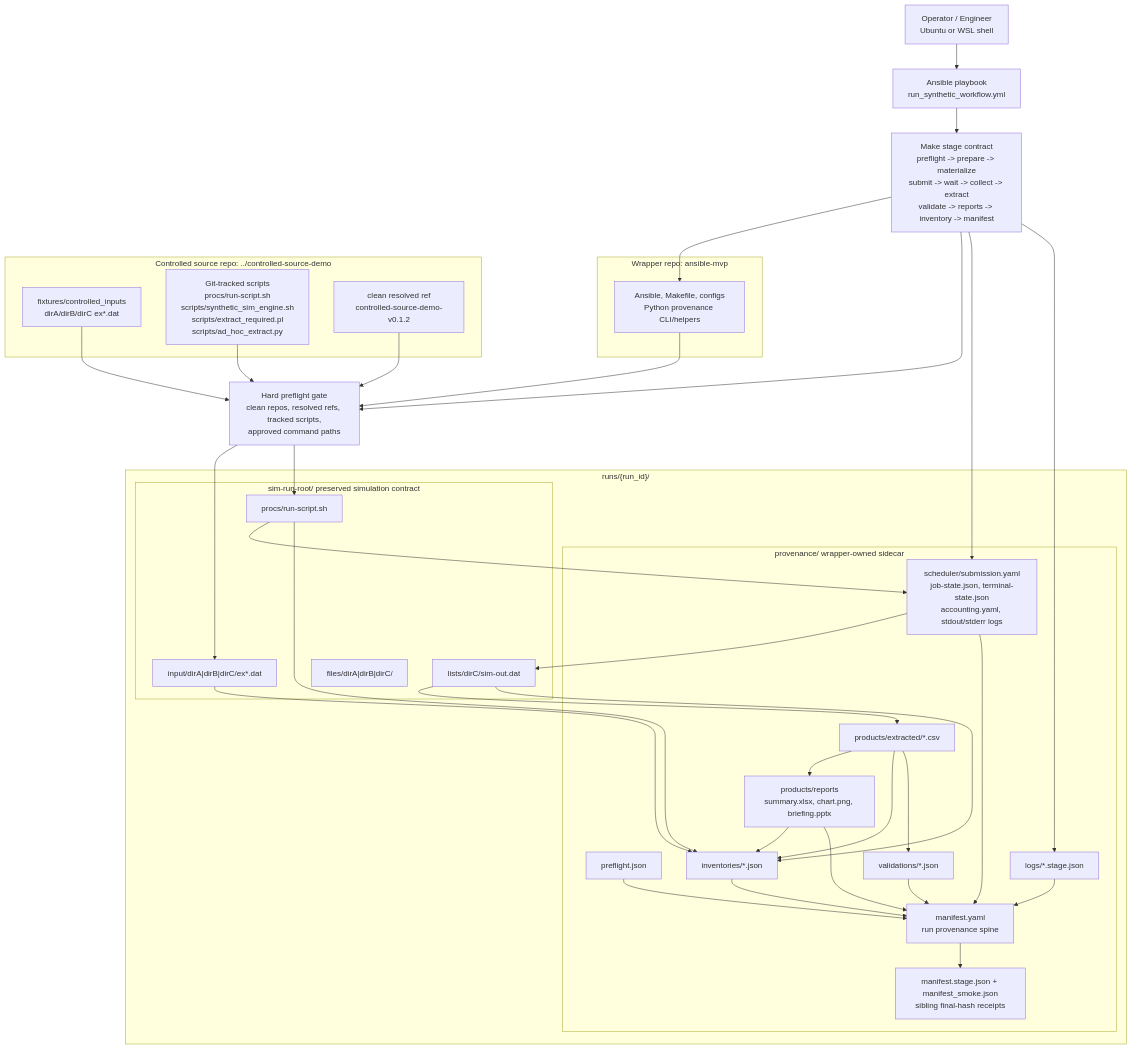
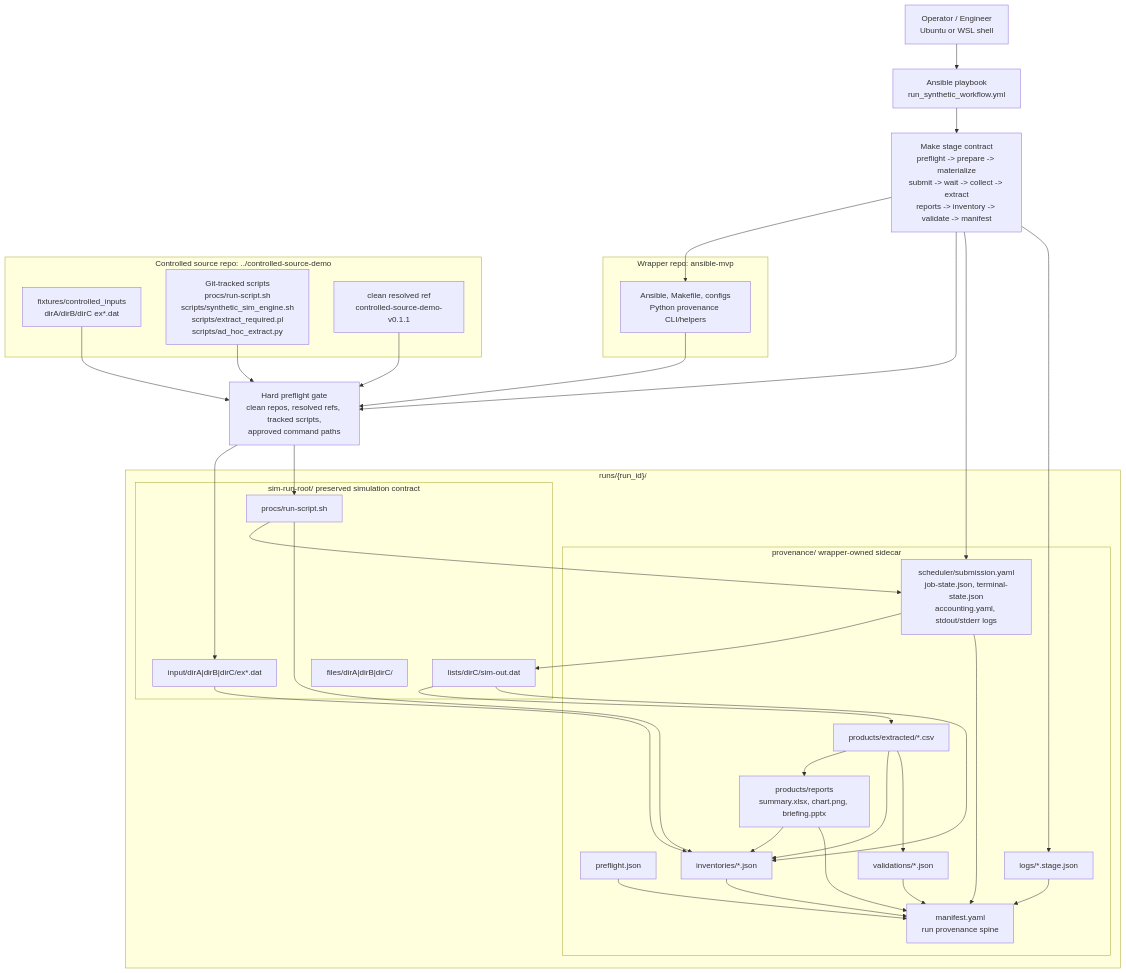
Before and after one commit to snarkipus/ansible-mvp: the diagram in docs/architecture.md, drawn with Mermaid. The commit also changed other lines of this file and 49 other files, not shown here.

````diff
--- a/docs/architecture.md
+++ b/docs/architecture.md
@@ -35,66 +35,64 @@
 ```mermaid
 flowchart TD
     operator["Operator / Engineer<br/>Ubuntu or WSL shell"]
     ansible["Ansible playbook<br/>run_synthetic_workflow.yml"]
-    make["Make stage contract<br/>preflight -> prepare -> materialize<br/>submit -> wait -> collect -> extract<br/>validate -> reports -> inventory -> manifest"]
+    make["Make stage contract<br/>preflight -> prepare -> materialize<br/>submit -> wait -> collect -> extract<br/>reports -> inventory -> validate -> manifest"]
 
     subgraph wrapper["Wrapper repo: ansible-mvp"]
         wrapperFiles["Ansible, Makefile, configs<br/>Python provenance CLI/helpers"]
     end
 
     subgraph controlled["Controlled source repo: ../controlled-source-demo"]
         fixtures["fixtures/controlled_inputs<br/>dirA/dirB/dirC ex*.dat"]
         scripts["Git-tracked scripts<br/>procs/run-script.sh<br/>scripts/synthetic_sim_engine.sh<br/>scripts/extract_required.pl<br/>scripts/ad_hoc_extract.py"]
-        tag["clean resolved ref<br/>controlled-source-demo-v0.1.2"]
+        tag["clean resolved ref<br/>controlled-source-demo-v0.1.1"]
     end
 
     preflight["Hard preflight gate<br/>clean repos, resolved refs, tracked scripts,<br/>approved command paths"]
 
     subgraph run["runs/{run_id}/"]
         subgraph sim["sim-run-root/ preserved simulation contract"]
             input["input/dirA|dirB|dirC/ex*.dat"]
             procs["procs/run-script.sh"]
             raw["lists/dirC/sim-out.dat"]
             files["files/dirA|dirB|dirC/"]
         end
 
         subgraph prov["provenance/ wrapper-owned sidecar"]
             pf["preflight.json"]
             sched["scheduler/submission.yaml<br/>job-state.json, terminal-state.json<br/>accounting.yaml, stdout/stderr logs"]
             logs["logs/*.stage.json"]
             inv["inventories/*.json"]
             vals["validations/*.json"]
             extracted["products/extracted/*.csv"]
             reports["products/reports<br/>summary.xlsx, chart.png, briefing.pptx"]
             manifest["manifest.yaml<br/>run provenance spine"]
-            receipts["manifest.stage.json + manifest_smoke.json<br/>sibling final-hash receipts"]
         end
     end
 
     operator --> ansible --> make
     make --> wrapperFiles
     make --> preflight
     wrapperFiles --> preflight
     fixtures --> preflight
     scripts --> preflight
     tag --> preflight
     preflight --> input
     preflight --> procs
     procs --> sched --> raw
     raw --> extracted --> reports
     make --> sched
     make --> logs
     input --> inv
     procs --> inv
     raw --> inv
     extracted --> inv
     reports --> inv
     extracted --> vals
     pf --> manifest
     sched --> manifest
     logs --> manifest
     inv --> manifest
     vals --> manifest
     reports --> manifest
-    manifest --> receipts
 ```
````
